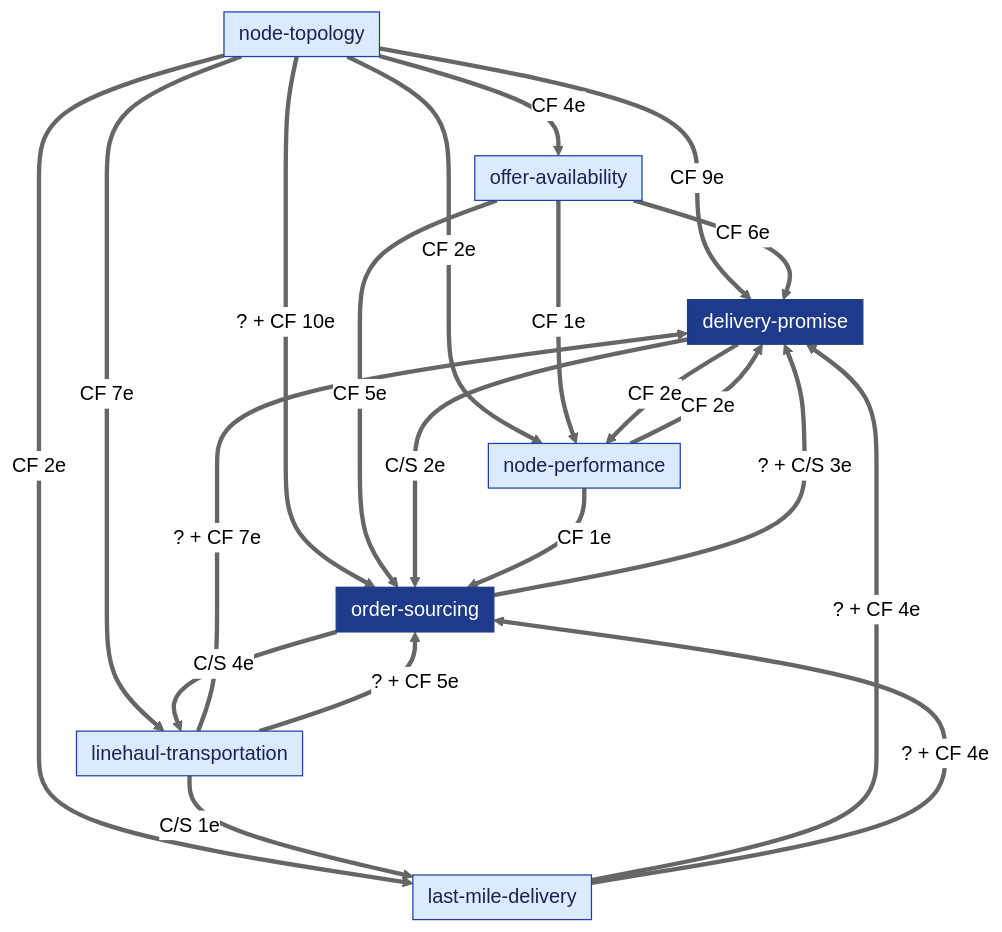
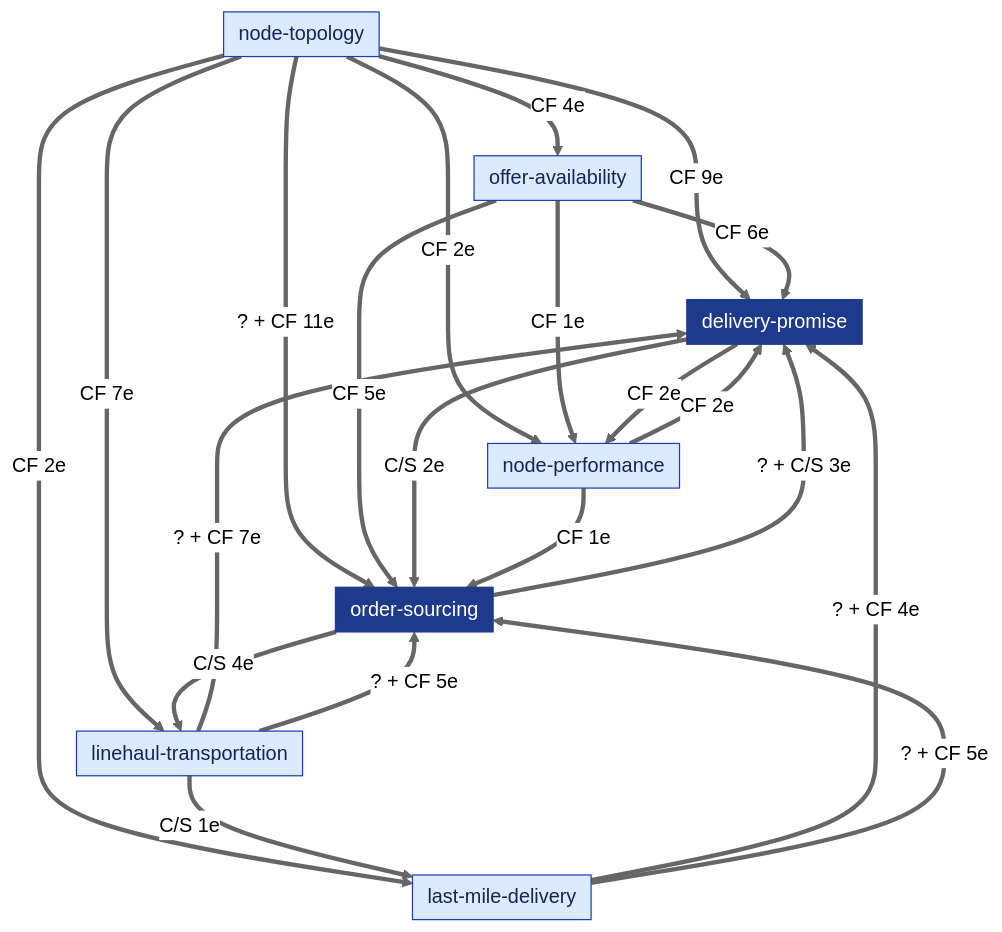
The fifth of 5 diagrams in network/docs/strategic-design/context-map.md (IQVO/warehouse-docs), drawn with Mermaid (neutral theme) before and after one commit. The commit also changed other lines of this file and 15 other files, not shown here.

````diff
--- a/network/docs/strategic-design/context-map.md
+++ b/network/docs/strategic-design/context-map.md
@@ -153,35 +153,35 @@
 ```mermaid
 %%{init: {"flowchart": {"nodeSpacing": 22, "rankSpacing": 56, "padding": 6}}}%%
 flowchart TB
     classDef core fill:#1e3a8a,stroke:#1e3a8a,color:#fff
     classDef sup fill:#dbeafe,stroke:#1e40af,color:#172554
     classDef gen fill:#f1f5f9,stroke:#64748b,color:#0f172a
     classDef ext fill:#ffe3e3,stroke:#c92a2a,color:#000
     NT["node-topology"]:::sup
     OA["offer-availability"]:::sup
     LH["linehaul-transportation"]:::sup
     LM["last-mile-delivery"]:::sup
     NP["node-performance"]:::sup
     DP["delivery-promise"]:::core
     OS["order-sourcing"]:::core
     NT ==>|"CF 4e"| OA
     NT ==>|"CF 9e"| DP
-    NT ==>|"? + CF 10e"| OS
+    NT ==>|"? + CF 11e"| OS
     NT ==>|"CF 7e"| LH
     NT ==>|"CF 2e"| LM
     NT ==>|"CF 2e"| NP
     OA ==>|"CF 6e"| DP
     OA ==>|"CF 5e"| OS
     OA ==>|"CF 1e"| NP
     DP ==>|"C/S 2e"| OS
     DP ==>|"CF 2e"| NP
     OS ==>|"C/S 4e"| LH
     OS ==>|"? + C/S 3e"| DP
     LH ==>|"? + CF 7e"| DP
     LH ==>|"? + CF 5e"| OS
     LH ==>|"C/S 1e"| LM
     LM ==>|"? + CF 4e"| DP
-    LM ==>|"? + CF 4e"| OS
+    LM ==>|"? + CF 5e"| OS
     NP ==>|"CF 2e"| DP
     NP ==>|"CF 1e"| OS
 ```
````
